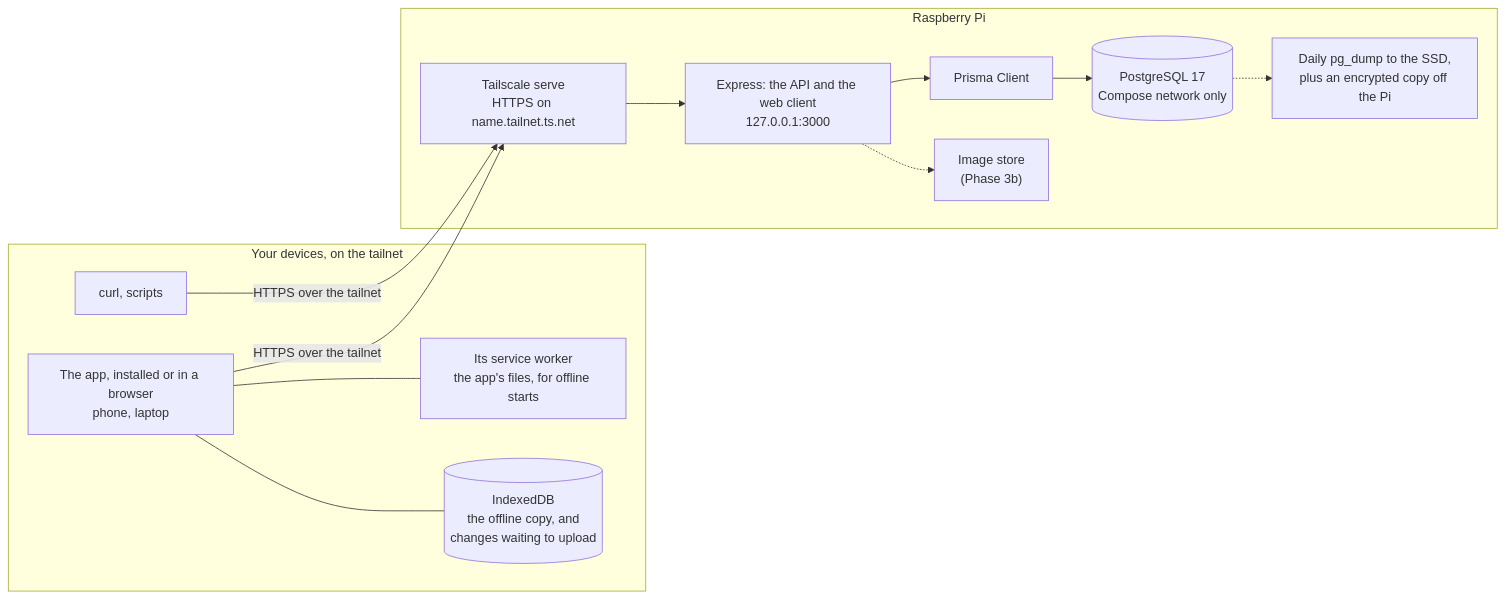
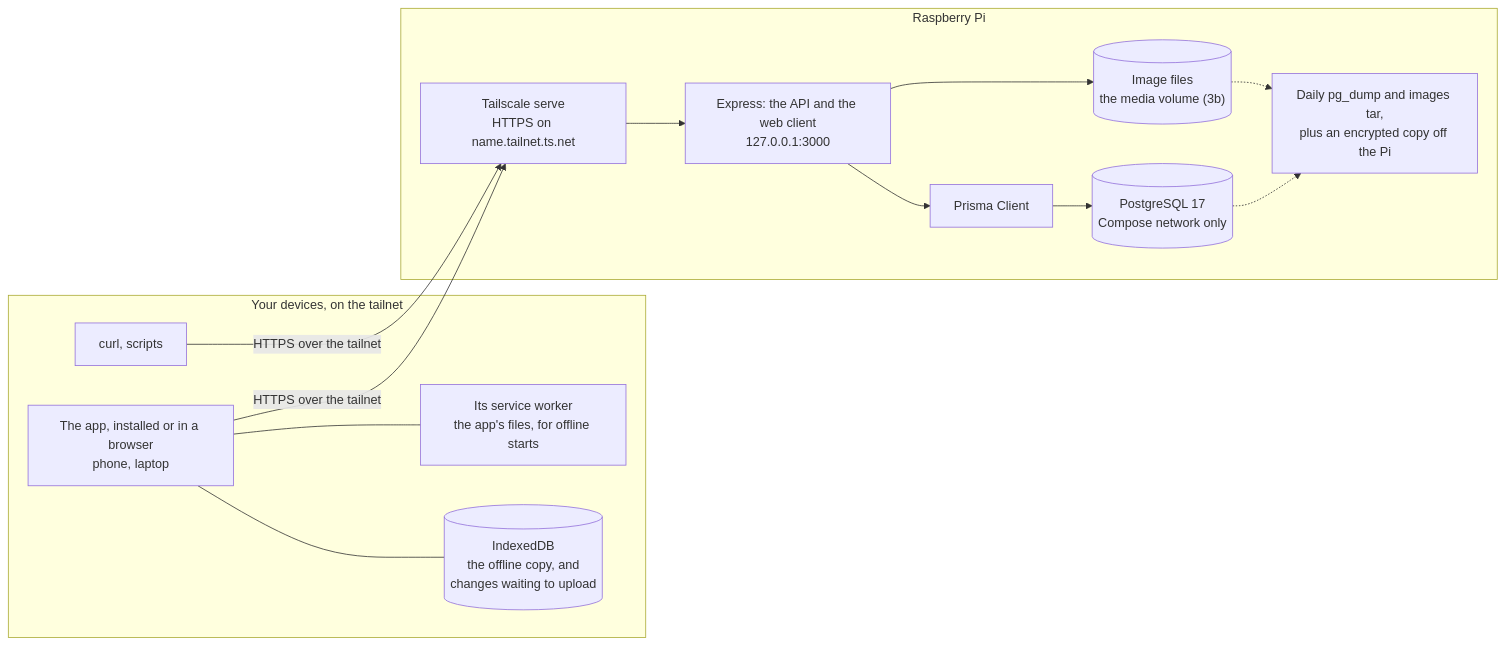
Before and after one commit to A-W-Coding/mise-en-place: the second of 3 diagrams in docs/architecture.md, drawn with Mermaid. The commit also changed other lines of this file and 24 other files, not shown here.

First line of the commit message:
Step 24: images in the API, and on the Pi (D11, S4, F7)

````diff
--- a/docs/architecture.md
+++ b/docs/architecture.md
@@ -43,27 +43,28 @@
 ```mermaid
 flowchart LR
     subgraph devices["Your devices, on the tailnet"]
         pwa["The app, installed or in a browser<br/>phone, laptop"]
         sw["Its service worker<br/>the app's files, for offline starts"]
         idb[("IndexedDB<br/>the offline copy, and<br/>changes waiting to upload")]
         shell["curl, scripts"]
     end
 
     subgraph pi["Raspberry Pi"]
         serve["Tailscale serve<br/>HTTPS on name.tailnet.ts.net"]
         api["Express: the API and the web client<br/>127.0.0.1:3000"]
         prisma["Prisma Client"]
         db[("PostgreSQL 17<br/>Compose network only")]
-        images["Image store<br/>(Phase 3b)"]
-        backups["Daily pg_dump to the SSD,<br/>plus an encrypted copy off the Pi"]
+        images[("Image files<br/>the media volume (3b)")]
+        backups["Daily pg_dump and images tar,<br/>plus an encrypted copy off the Pi"]
     end
 
     pwa --- sw
     pwa --- idb
     pwa -->|HTTPS over the tailnet| serve
     shell -->|HTTPS over the tailnet| serve
     serve --> api
     api --> prisma --> db
-    api -.-> images
+    api --> images
     db -.-> backups
+    images -.-> backups
 ```
````
